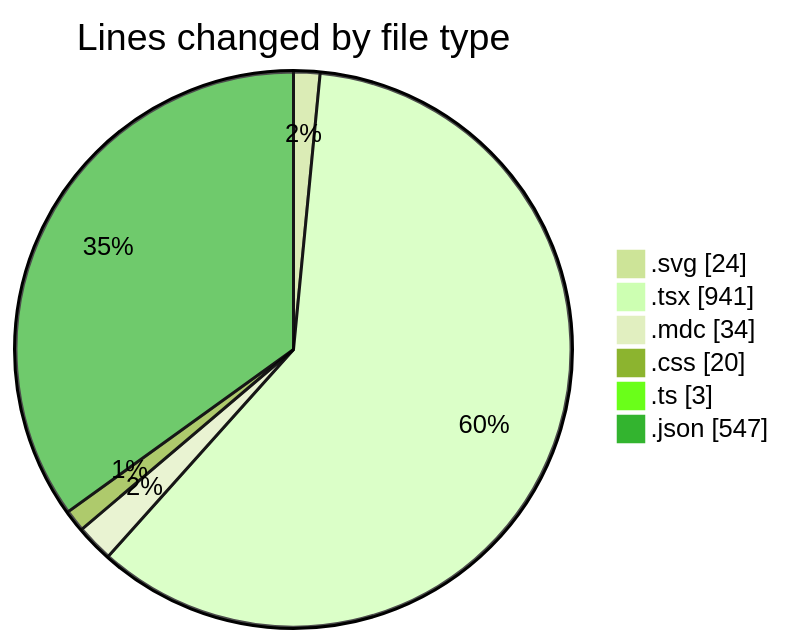
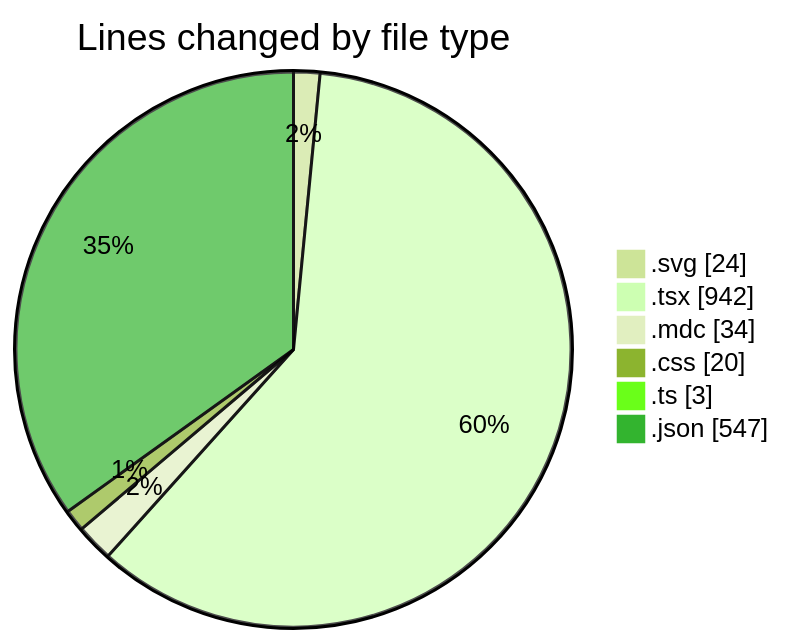
The first of 2 diagrams in 2025-07-18/ribbon/README.md (EIIisD/code-tracking), drawn with Mermaid (forest theme) before and after one commit. The commit also changed other lines of this file and 1 other file, not shown here.

````diff
--- a/2025-07-18/ribbon/README.md
+++ b/2025-07-18/ribbon/README.md
@@ -27,10 +27,10 @@
 ```mermaid
 pie showData
 title Lines changed by file type
 ".svg" : 24
-".tsx" : 941
+".tsx" : 942
 ".mdc" : 34
 ".css" : 20
 ".ts" : 3
 ".json" : 547
 ```
````
